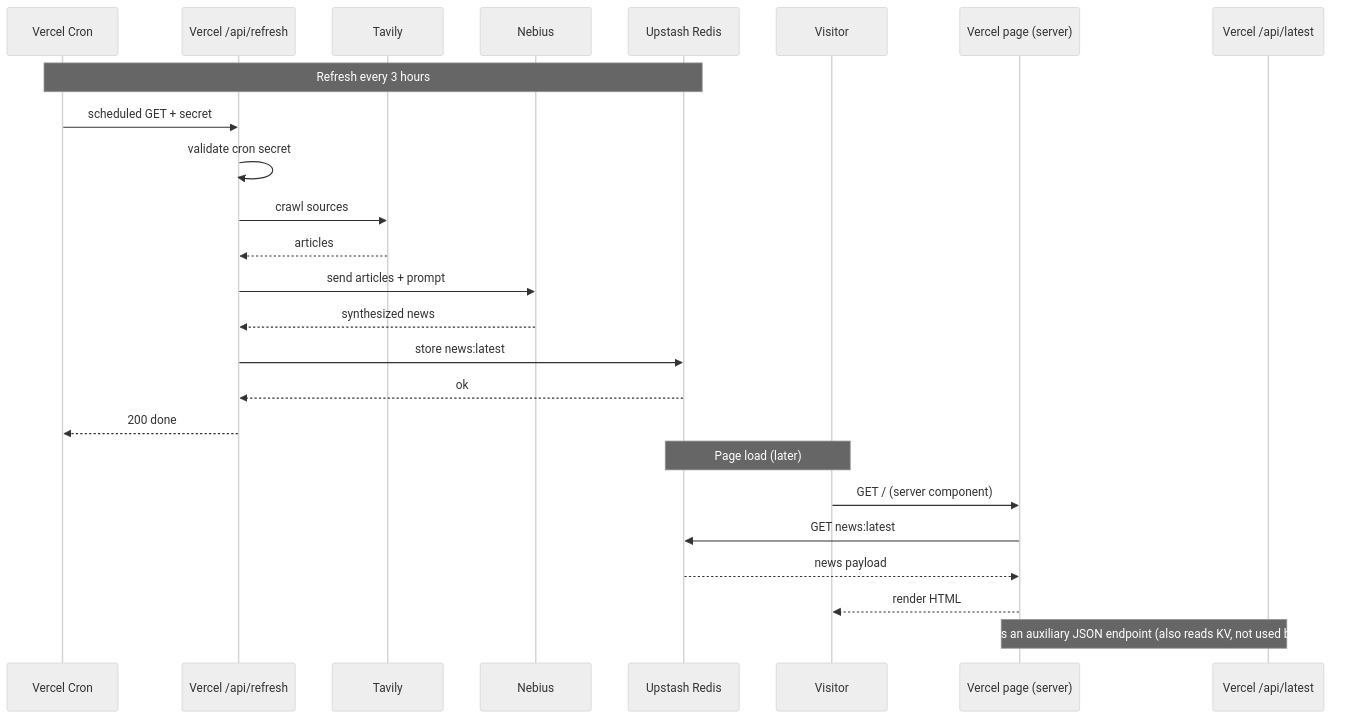
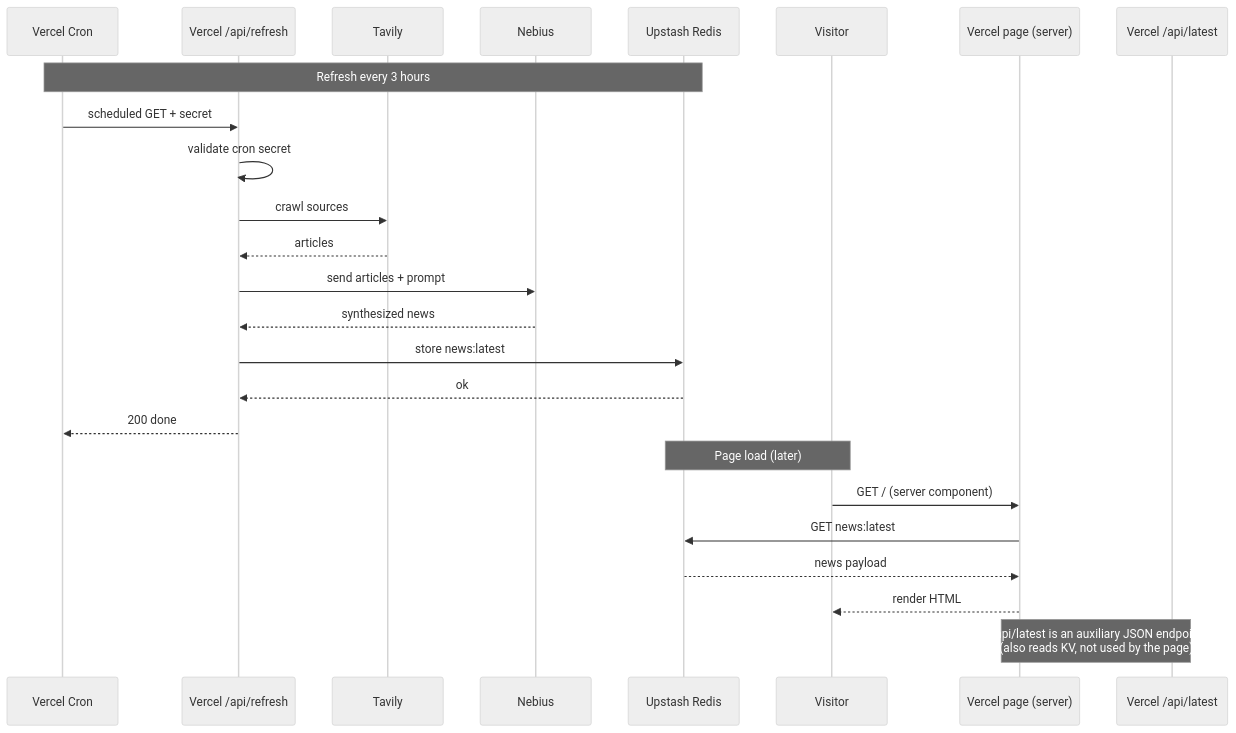
The diagram in RFC.md (heyolgak/the-news-of-the-day), drawn with Mermaid (neutral theme) before and after one commit.

Commit message:
mermaid update 2

````diff
--- a/RFC.md
+++ b/RFC.md
@@ -34,29 +34,29 @@
 ```mermaid
 sequenceDiagram
   participant C as Vercel Cron
   participant R as Vercel /api/refresh
   participant T as Tavily
   participant N as Nebius
   participant KV as Upstash Redis
   participant V as Visitor
   participant P as Vercel page (server)
   participant L as Vercel /api/latest
 
   Note over C,KV: Refresh every 3 hours
   C->>R: scheduled GET + secret
   R->>R: validate cron secret
   R->>T: crawl sources
   T-->>R: articles
   R->>N: send articles + prompt
   N-->>R: synthesized news
   R->>KV: store news:latest
   KV-->>R: ok
   R-->>C: 200 done
 
   Note over V,KV: Page load (later)
   V->>P: GET / (server component)
   P->>KV: GET news:latest
   KV-->>P: news payload
   P-->>V: render HTML
-  Note over P,L: /api/latest is an auxiliary JSON endpoint (also reads KV, not used by the page)
+  Note over P,L: /api/latest is an auxiliary JSON endpoint<br/>(also reads KV, not used by the page)
 ```
````
